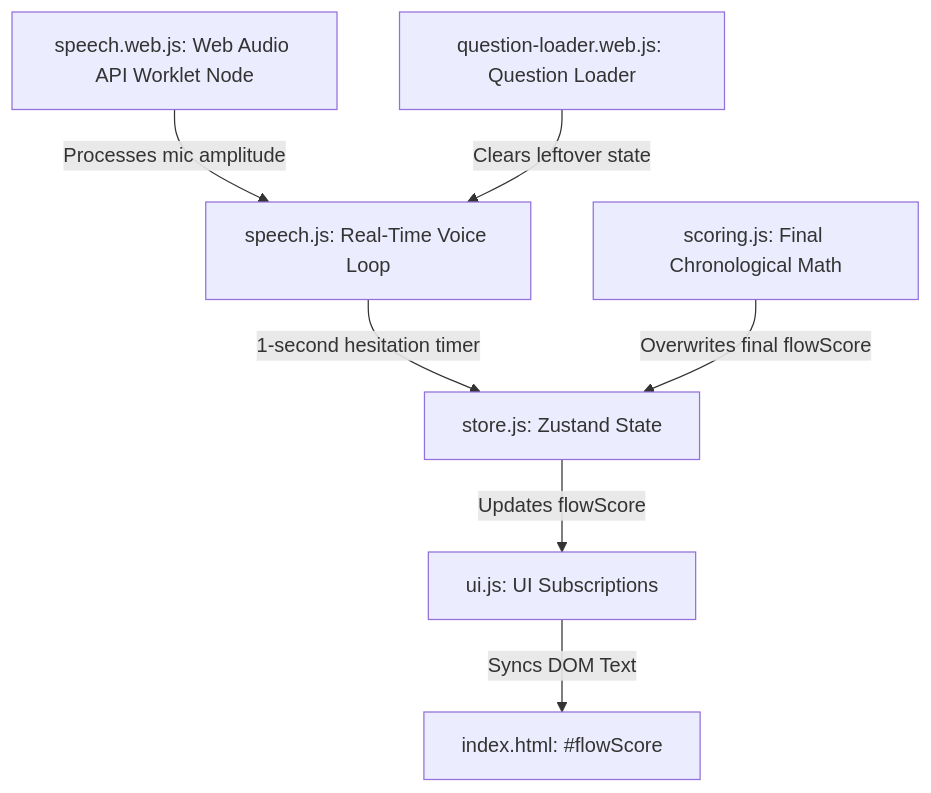
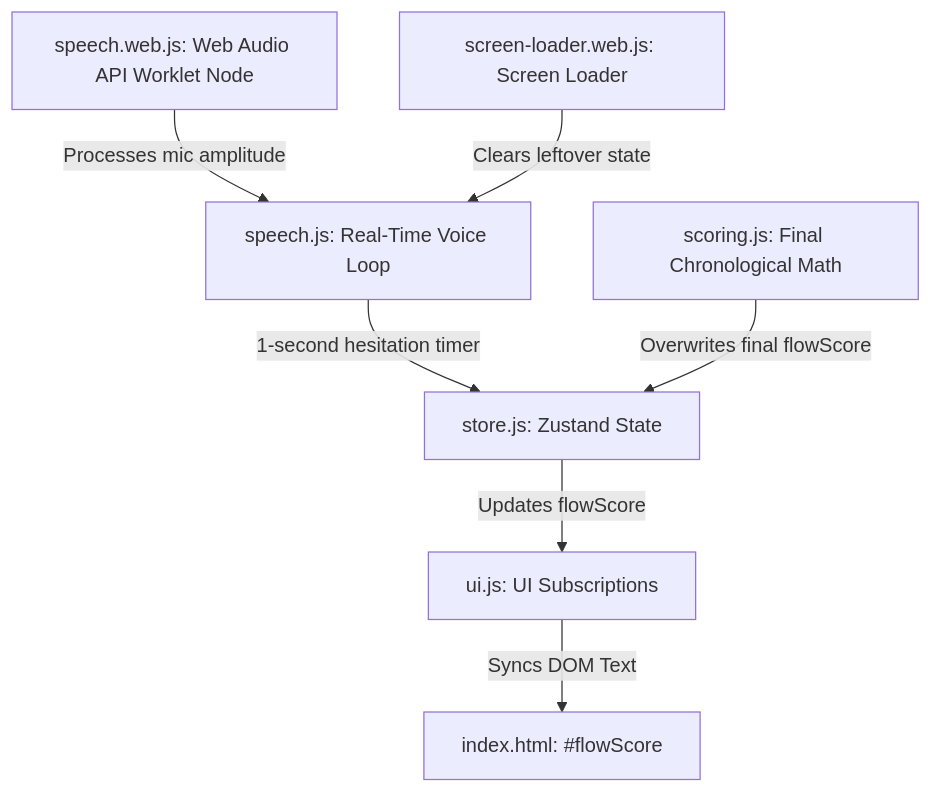
One commit to joelipi/uffenglish changed the diagram in hesitation_scoring_brief.md. Above: the diagram before and after it, drawn with Mermaid. The commit also changed other lines of this file and 33 other files, not shown here.

First line of the commit message:
Refactor "question" to "screen" and related terminology

````diff
--- a/hesitation_scoring_brief.md
+++ b/hesitation_scoring_brief.md
@@ -20,9 +20,9 @@
 ```mermaid
 graph TD
     A[store.js: Zustand State] -- Updates flowScore --> B[ui.js: UI Subscriptions]
     B -- Syncs DOM Text --> C[index.html: #flowScore]
     D[speech.js: Real-Time Voice Loop] -- 1-second hesitation timer --> A
     E[speech.web.js: Web Audio API Worklet Node] -- Processes mic amplitude --> D
-    F[question-loader.web.js: Question Loader] -- Clears leftover state --> D
+    F[screen-loader.web.js: Screen Loader] -- Clears leftover state --> D
     G[scoring.js: Final Chronological Math] -- Overwrites final flowScore --> A
 ```
````
